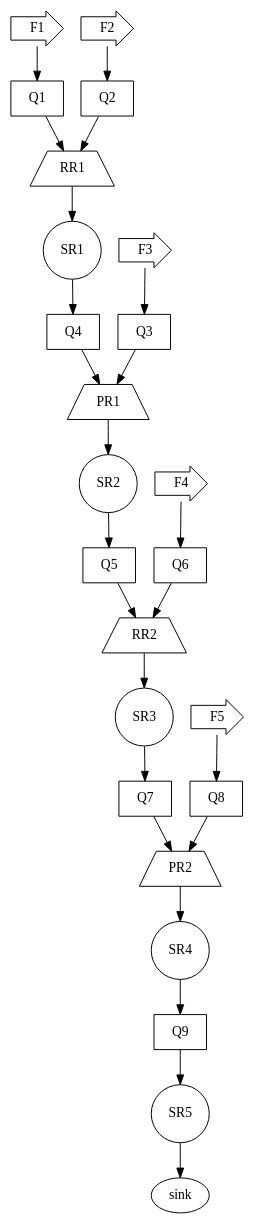
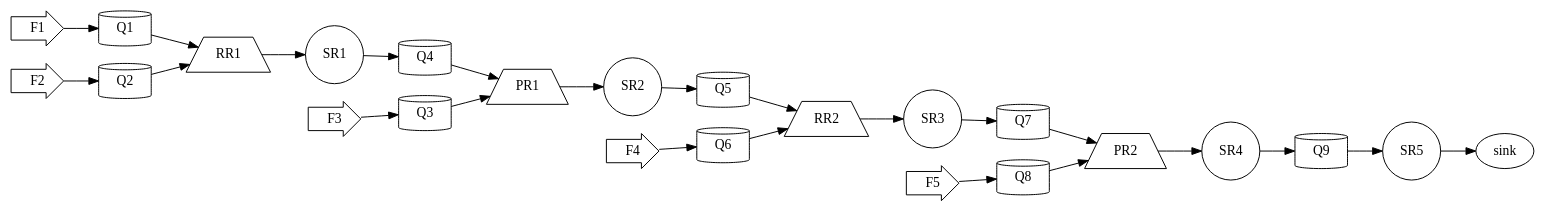
Before and after one commit to ANUPARNAGANGULY2000/FlexNoC_AF: the diagram in dsl/graph4.dot, drawn with Graphviz. The commit also changed 8 other files, not shown here.

```diff
--- a/dsl/graph4.dot
+++ b/dsl/graph4.dot
@@ -1,50 +1,52 @@
 digraph G{
+	rankdir = "LR"
+
 F1[label="F1", type=Source, rate=0.03, cv=0.97, t_serv=1.0, shape="rarrow"];
 F2[label="F2", type=SOURCE, rate=0.03, cv=0.97, shape="rarrow"];
-Q1[label="Q1", type=QUEUE, depth=4, shape="cyclinder"];
-Q2[label="Q2", type=Queue, depth=4, shape="cyclinder"];
+Q1[label="Q1", type=QUEUE, depth=4, shape="cylinder"];
+Q2[label="Q2", type=Queue, depth=4, shape="cylinder"];
 RR1[label="RR1", type=RoundRobin, zero_load=0.0, t_serv=0.0, coeff_var=0.0, shape="trapezium"];
 RR2[label="RR2", type=RoundRobin, zero_load=0.0, t_serv=0.0, coeff_var=0.0, shape="trapezium"];
 SR1[label="SR1", type=Server, t_serv=1.0, coeff_var=0.0, shape="circle"];
 F3[label="F3", type=Source, rate=0.05, cv=0.95, shape="rarrow"];
-Q3[label="Q3", type=Queue, depth=4, shape="cyclinder"];
-Q4[label="Q4", type=QUeue, depth=4, shape="cyclinder"];
+Q3[label="Q3", type=Queue, depth=4, shape="cylinder"];
+Q4[label="Q4", type=QUeue, depth=4, shape="cylinder"];
 PR1[label="PR1", type=Priority, zero_load=0.0, shape="trapezium"];
 PR2[label="PR2", type=Priority, zero_load=0.0, shape="trapezium"];
 SR2[label="SR2", type=Server, t_serv=1.0, coeff_var=0.0, shape="circle"];
-Q5[label="Q5", type=Queue, depth=3, shape="cyclinder"];
+Q5[label="Q5", type=Queue, depth=3, shape="cylinder"];
 SR3[label="SR3", type=Server, t_serv=1.0, coeff_var=0.0, rate=0.14, shape="circle"];
 F4[label="F4", type=Source, rate=0.05, cv=0.95, shape="rarrow"];
 F5[label="F5", type=Source, rate=0.05, cv=0.95, shape="rarrow"];
-Q6[label="Q6", type=Queue, depth=4, shape="cyclinder"];
-Q7[label="Q7", type=Queue, depth=4, shape="cyclinder"];
-Q8[label="Q8", type=Queue, depth=4, shape="cyclinder"];
-Q9[label="Q9", type=Queue, depth=4, shape="cyclinder"];
+Q6[label="Q6", type=Queue, depth=4, shape="cylinder"];
+Q7[label="Q7", type=Queue, depth=4, shape="cylinder"];
+Q8[label="Q8", type=Queue, depth=4, shape="cylinder"];
+Q9[label="Q9", type=Queue, depth=4, shape="cylinder"];
 SR4[label="SR4", type=Server, t_serv=1.0, coeff_var=0.0, rate=0.14, shape="circle"];
 SR5[label="SR5", type=Server, t_serv=1.0, coeff_var=0.0, rate=0.14, shape="circle"];
 Sink1[label="sink", type=Sink];
 
 F1 -> Q1;
 F2 -> Q2;
 Q1 -> RR1;
 Q2 -> RR1;
 RR1 ->SR1;
 SR1 -> Q4;
 F3 -> Q3;
 Q4 -> PR1;
 Q3 -> PR1;
 PR1 -> SR2;
 SR2 -> Q5;
 F4 -> Q6;
 Q6 -> RR2;
 Q5 -> RR2;
 RR2 -> SR3;
 SR3 -> Q7;
 F5 -> Q8;
 Q7 -> PR2;
 Q8 -> PR2;
 PR2 -> SR4;
 SR4 -> Q9;
 Q9 -> SR5;
 SR5 -> Sink1;
 }
```
